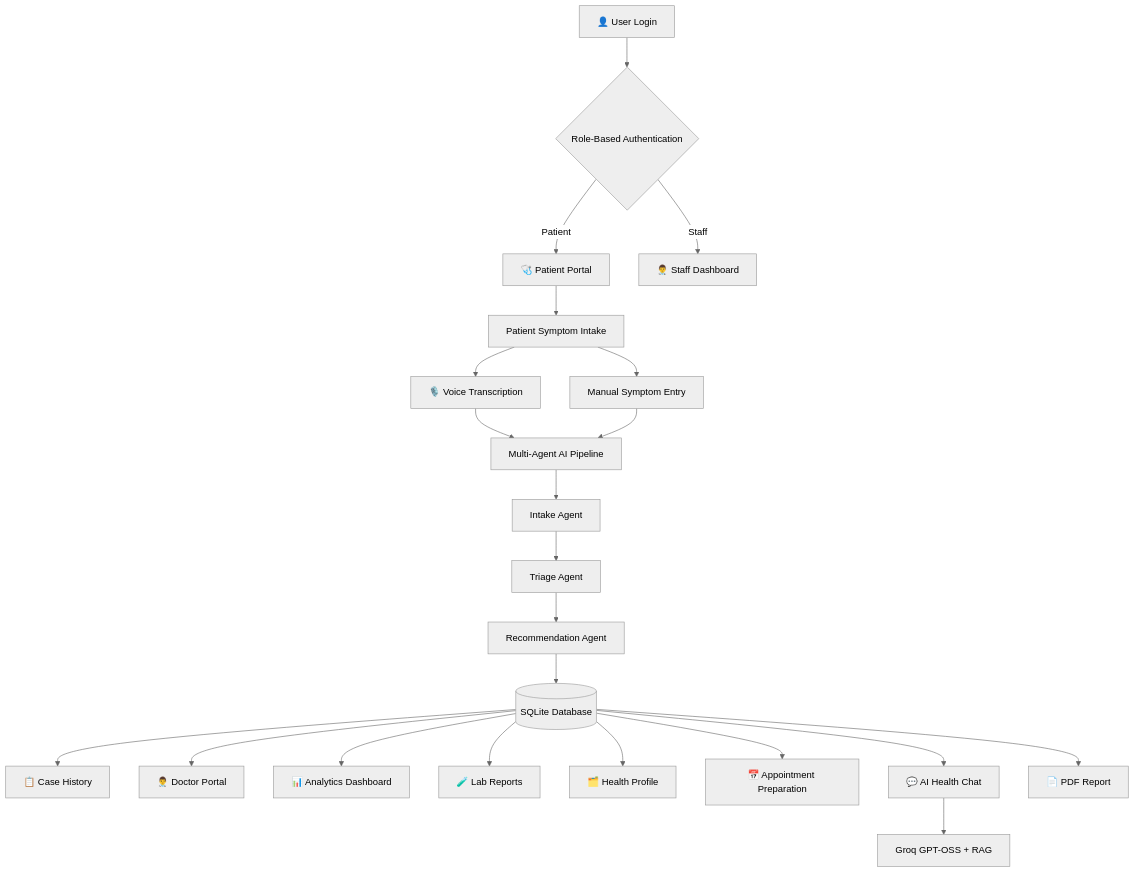
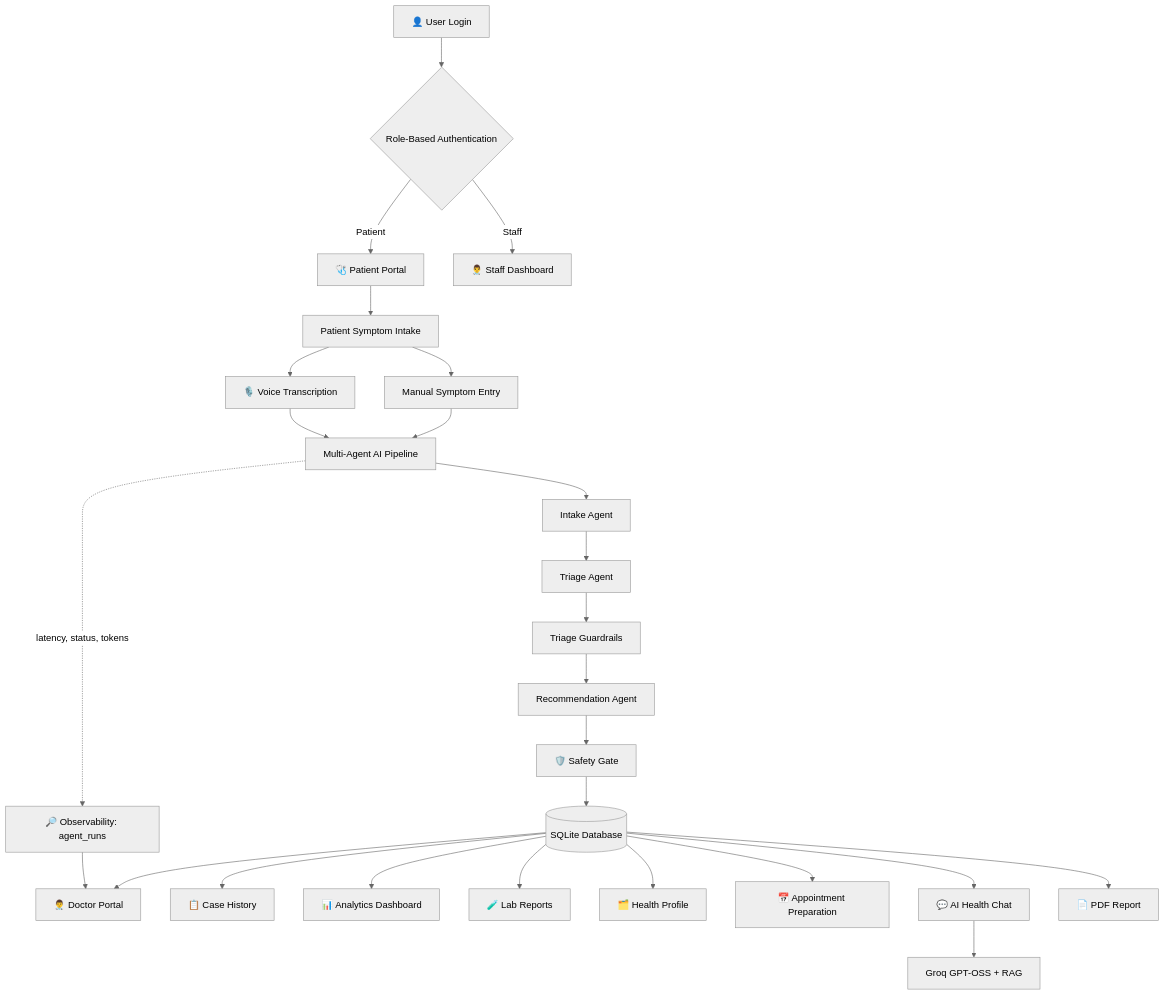
The diagram in README.md (Aarya0706/mediagent-ai), drawn with Mermaid (neutral theme) before and after one commit. The commit also changed other lines of this file, not shown here.

````diff
--- a/README.md
+++ b/README.md
@@ -205,34 +110,38 @@
 ```mermaid
 flowchart TD
 
 A[👤 User Login] --> B{Role-Based Authentication}
 
 B -->|Patient| C[🩺 Patient Portal]
 B -->|Staff| D[👨‍⚕️ Staff Dashboard]
 
 C --> E[Patient Symptom Intake]
 
 E --> F[🎙️ Voice Transcription]
 E --> G[Manual Symptom Entry]
 
 F --> H[Multi-Agent AI Pipeline]
 G --> H
 
 H --> I[Intake Agent]
 I --> J[Triage Agent]
-J --> K[Recommendation Agent]
+J --> GR[Triage Guardrails]
+GR --> K[Recommendation Agent]
+K --> SG[🛡️ Safety Gate]
+SG --> L[(SQLite Database)]
 
-K --> L[(SQLite Database)]
+H -.->|latency, status, tokens| OBS[🔎 Observability: agent_runs]
+OBS --> N
 
 L --> M[📋 Case History]
 L --> N[👨‍⚕️ Doctor Portal]
 L --> O[📊 Analytics Dashboard]
 L --> P[🧪 Lab Reports]
 L --> Q[🗂️ Health Profile]
 L --> R[📅 Appointment Preparation]
 L --> S[💬 AI Health Chat]
 
 S --> T[Groq GPT-OSS + RAG]
 
 L --> U[📄 PDF Report]
 ```
````
